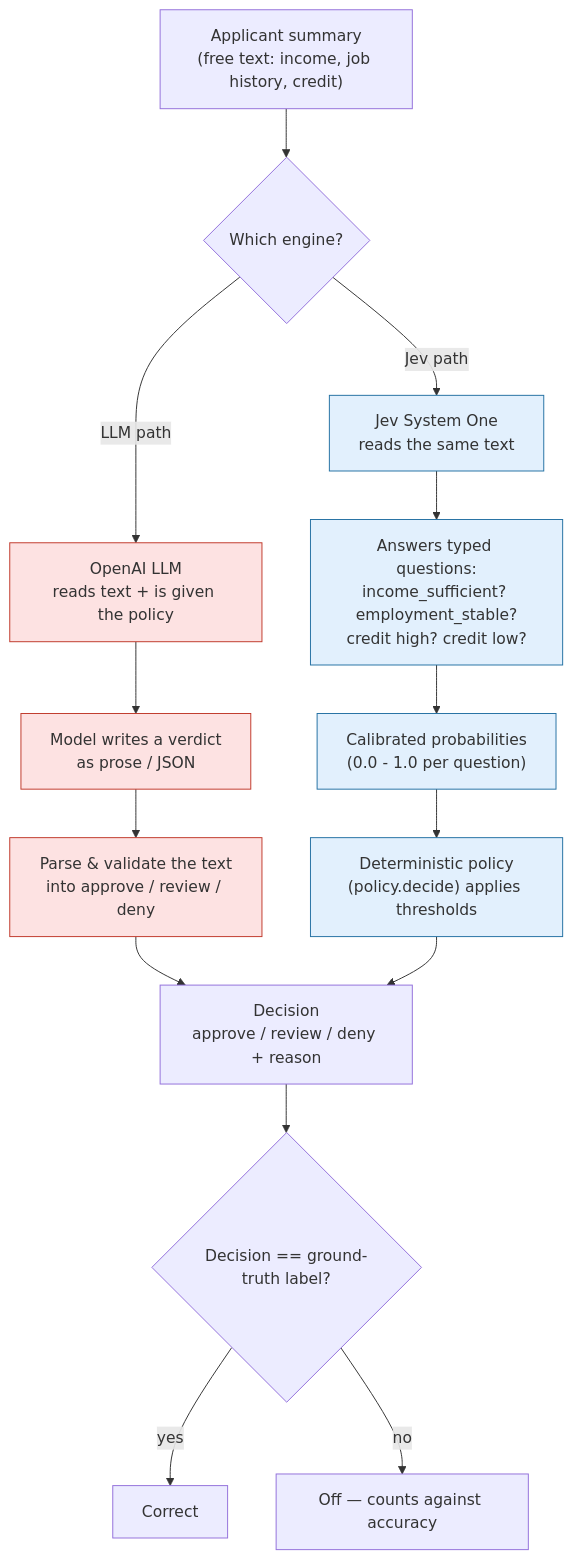
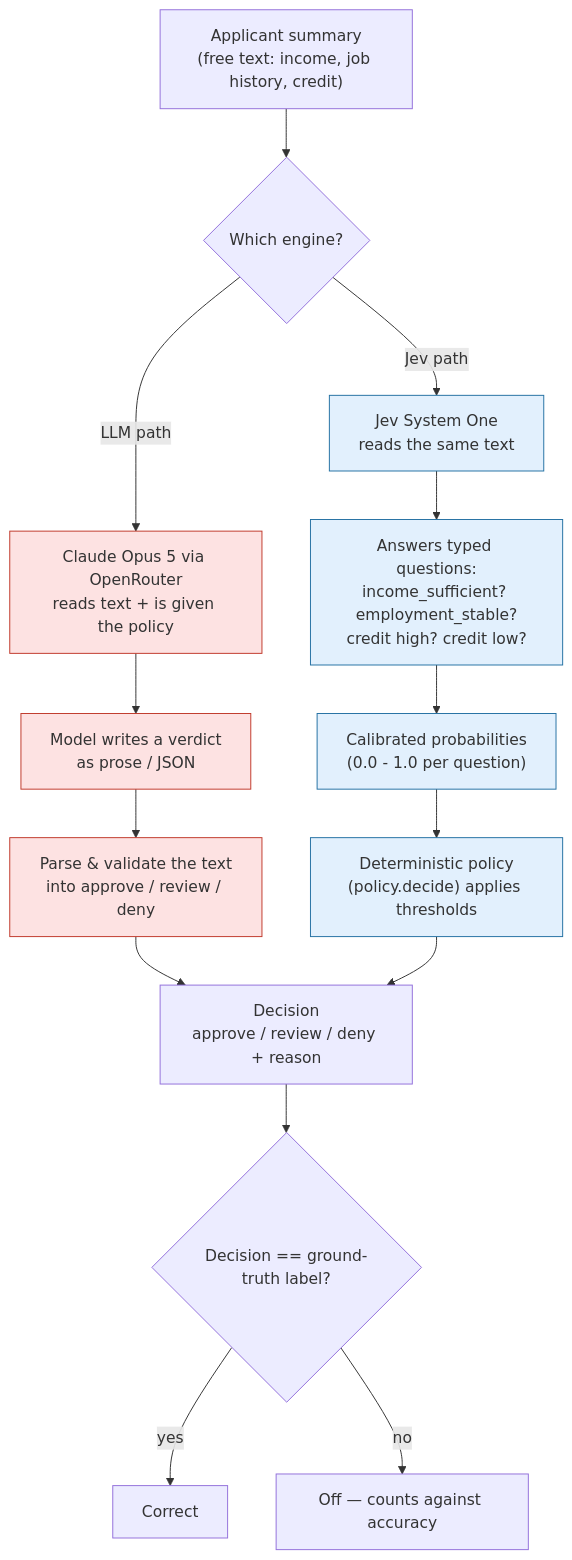
Before and after one commit to sureshmanem/jev_vs_llm_compare: the first of 2 diagrams in README.md, drawn with Mermaid. The commit also changed other lines of this file and 15 other files, not shown here.

First line of the commit message:
Restructure into src/ package; run LLM engine on Claude Opus 5 via OpenRouter

````diff
--- a/README.md
+++ b/README.md
@@ -42,27 +42,27 @@
 ```mermaid
 flowchart TD
     A["Applicant summary<br/>(free text: income, job history, credit)"] --> B{"Which engine?"}
 
-    B -->|LLM path| L1["OpenAI LLM<br/>reads text + is given the policy"]
+    B -->|LLM path| L1["Claude Opus 5 via OpenRouter<br/>reads text + is given the policy"]
     L1 --> L2["Model writes a verdict<br/>as prose / JSON"]
     L2 --> L3["Parse & validate the text<br/>into approve / review / deny"]
     L3 --> D["Decision<br/>approve / review / deny + reason"]
 
     B -->|Jev path| J1["Jev System One<br/>reads the same text"]
     J1 --> J2["Answers typed questions:<br/>income_sufficient? employment_stable?<br/>credit high? credit low?"]
     J2 --> J3["Calibrated probabilities<br/>(0.0 - 1.0 per question)"]
     J3 --> J4["Deterministic policy<br/>(policy.decide) applies thresholds"]
     J4 --> D
 
     D --> E{"Decision == ground-truth label?"}
     E -->|yes| F["Correct"]
     E -->|no| G["Off — counts against accuracy"]
 
     style L1 fill:#fde2e2,stroke:#c0392b
     style L2 fill:#fde2e2,stroke:#c0392b
     style L3 fill:#fde2e2,stroke:#c0392b
     style J1 fill:#e2f0fd,stroke:#2471a3
     style J2 fill:#e2f0fd,stroke:#2471a3
     style J3 fill:#e2f0fd,stroke:#2471a3
     style J4 fill:#e2f0fd,stroke:#2471a3
 ```
````
